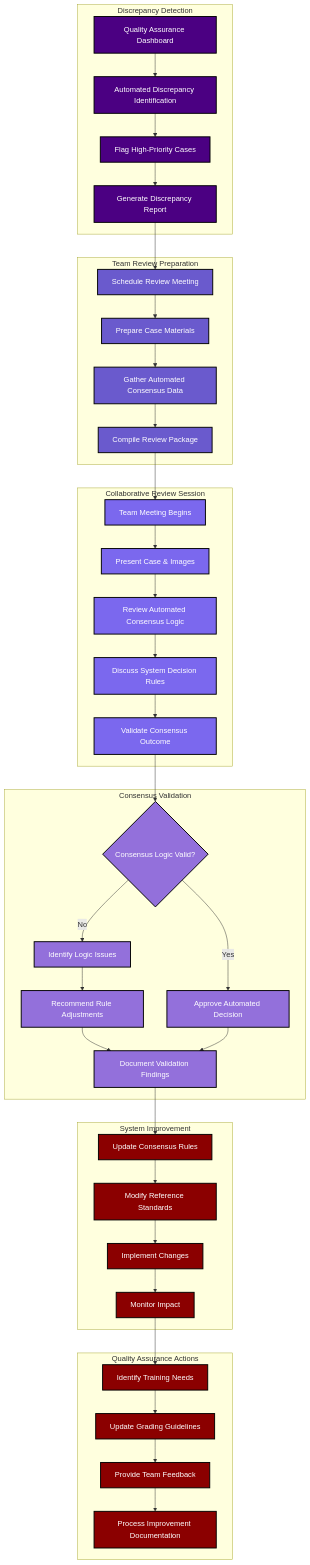
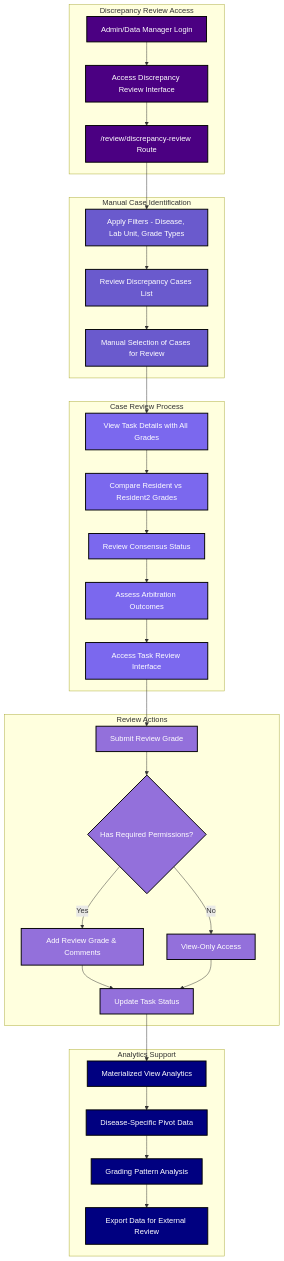
Before and after one commit to drguptavivek/fundus_img_xtract: the third of 3 diagrams in README.md, drawn with Mermaid. The commit also changed other lines of this file, not shown here.

````diff
--- a/README.md
+++ b/README.md
@@ -818,74 +818,59 @@
 ```mermaid
 flowchart TD
-    subgraph Discrepancy Detection
-        A["Quality Assurance Dashboard"] --> B["Automated Discrepancy Identification"];
-        B --> C["Flag High-Priority Cases"];
-        C --> D["Generate Discrepancy Report"];
+    subgraph Discrepancy Review Access
+        A["Admin/Data Manager Login"] --> B["Access Discrepancy Review Interface"];
+        B --> C["/review/discrepancy-review Route"];
     end
 
-    subgraph Team Review Preparation
-        D --> E["Schedule Review Meeting"];
-        E --> F["Prepare Case Materials"];
-        F --> G["Gather Automated Consensus Data"];
-        G --> H["Compile Review Package"];
+    subgraph Manual Case Identification
+        C --> D["Apply Filters - Disease, Lab Unit, Grade Types"];
+        D --> E["Review Discrepancy Cases List"];
+        E --> F["Manual Selection of Cases for Review"];
     end
 
-    subgraph Collaborative Review Session
-        H --> I["Team Meeting Begins"];
-        I --> J["Present Case & Images"];
-        J --> K["Review Automated Consensus Logic"];
-        K --> L["Discuss System Decision Rules"];
-        L --> M["Validate Consensus Outcome"];
+    subgraph Case Review Process
+        F --> G["View Task Details with All Grades"];
+        G --> H["Compare Resident vs Resident2 Grades"];
+        H --> I["Review Consensus Status"];
+        I --> J["Assess Arbitration Outcomes"];
+        J --> K["Access Task Review Interface"];
     end
 
-    subgraph Consensus Validation
-        M --> N{"Consensus Logic Valid?"};
-        N -->|Yes| O["Approve Automated Decision"];
-        N -->|No| P["Identify Logic Issues"];
-        P --> Q["Recommend Rule Adjustments"];
-        Q --> R["Document Validation Findings"];
-        O --> R;
+    subgraph Review Actions
+        K --> L["Submit Review Grade"];
+        L --> M{"Has Required Permissions?"};
+        M -->|Yes| N["Add Review Grade & Comments"];
+        M -->|No| O["View-Only Access"];
+        N --> P["Update Task Status"];
+        O --> P;
     end
 
-    subgraph System Improvement
-        R --> S["Update Consensus Rules"];
-        S --> T["Modify Reference Standards"];
-        T --> U["Implement Changes"];
-        U --> V["Monitor Impact"];
-    end
-
-    subgraph Quality Assurance Actions
-        V --> W["Identify Training Needs"];
-        W --> X["Update Grading Guidelines"];
-        X --> Y["Provide Team Feedback"];
-        Y --> Z["Process Improvement Documentation"];
+    subgraph Analytics Support
+        P --> Q["Materialized View Analytics"];
+        Q --> R["Disease-Specific Pivot Data"];
+        R --> S["Grading Pattern Analysis"];
+        S --> T["Export Data for External Review"];
     end
 
     %% Style definitions for dark mode compatibility
     style A fill:#4B0082,stroke:#000,stroke-width:2px,color:#fff;
     style B fill:#4B0082,stroke:#000,stroke-width:2px,color:#fff;
     style C fill:#4B0082,stroke:#000,stroke-width:2px,color:#fff;
-    style D fill:#4B0082,stroke:#000,stroke-width:2px,color:#fff;
+    style D fill:#6A5ACD,stroke:#000,stroke-width:2px,color:#fff;
     style E fill:#6A5ACD,stroke:#000,stroke-width:2px,color:#fff;
     style F fill:#6A5ACD,stroke:#000,stroke-width:2px,color:#fff;
-    style G fill:#6A5ACD,stroke:#000,stroke-width:2px,color:#fff;
-    style H fill:#6A5ACD,stroke:#000,stroke-width:2px,color:#fff;
+    style G fill:#7B68EE,stroke:#000,stroke-width:2px,color:#fff;
+    style H fill:#7B68EE,stroke:#000,stroke-width:2px,color:#fff;
     style I fill:#7B68EE,stroke:#000,stroke-width:2px,color:#fff;
     style J fill:#7B68EE,stroke:#000,stroke-width:2px,color:#fff;
     style K fill:#7B68EE,stroke:#000,stroke-width:2px,color:#fff;
-    style L fill:#7B68EE,stroke:#000,stroke-width:2px,color:#fff;
-    style M fill:#7B68EE,stroke:#000,stroke-width:2px,color:#fff;
+    style L fill:#9370DB,stroke:#000,stroke-width:2px,color:#fff;
+    style M fill:#9370DB,stroke:#000,stroke-width:2px,color:#fff;
     style N fill:#9370DB,stroke:#000,stroke-width:2px,color:#fff;
     style O fill:#9370DB,stroke:#000,stroke-width:2px,color:#fff;
     style P fill:#9370DB,stroke:#000,stroke-width:2px,color:#fff;
-    style Q fill:#9370DB,stroke:#000,stroke-width:2px,color:#fff;
-    style R fill:#9370DB,stroke:#000,stroke-width:2px,color:#fff;
-    style S fill:#8B0000,stroke:#000,stroke-width:2px,color:#fff;
-    style T fill:#8B0000,stroke:#000,stroke-width:2px,color:#fff;
-    style U fill:#8B0000,stroke:#000,stroke-width:2px,color:#fff;
-    style V fill:#8B0000,stroke:#000,stroke-width:2px,color:#fff;
-    style W fill:#8B0000,stroke:#000,stroke-width:2px,color:#fff;
-    style X fill:#8B0000,stroke:#000,stroke-width:2px,color:#fff;
-    style Y fill:#8B0000,stroke:#000,stroke-width:2px,color:#fff;
-    style Z fill:#8B0000,stroke:#000,stroke-width:2px,color:#fff;
+    style Q fill:#000080,stroke:#000,stroke-width:2px,color:#fff;
+    style R fill:#000080,stroke:#000,stroke-width:2px,color:#fff;
+    style S fill:#000080,stroke:#000,stroke-width:2px,color:#fff;
+    style T fill:#000080,stroke:#000,stroke-width:2px,color:#fff;
 ```
````
